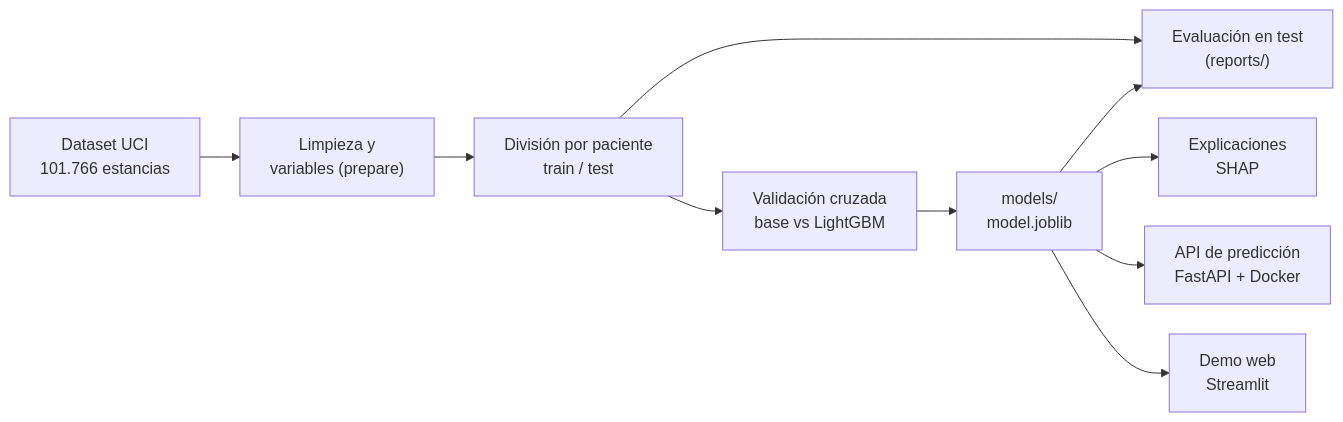
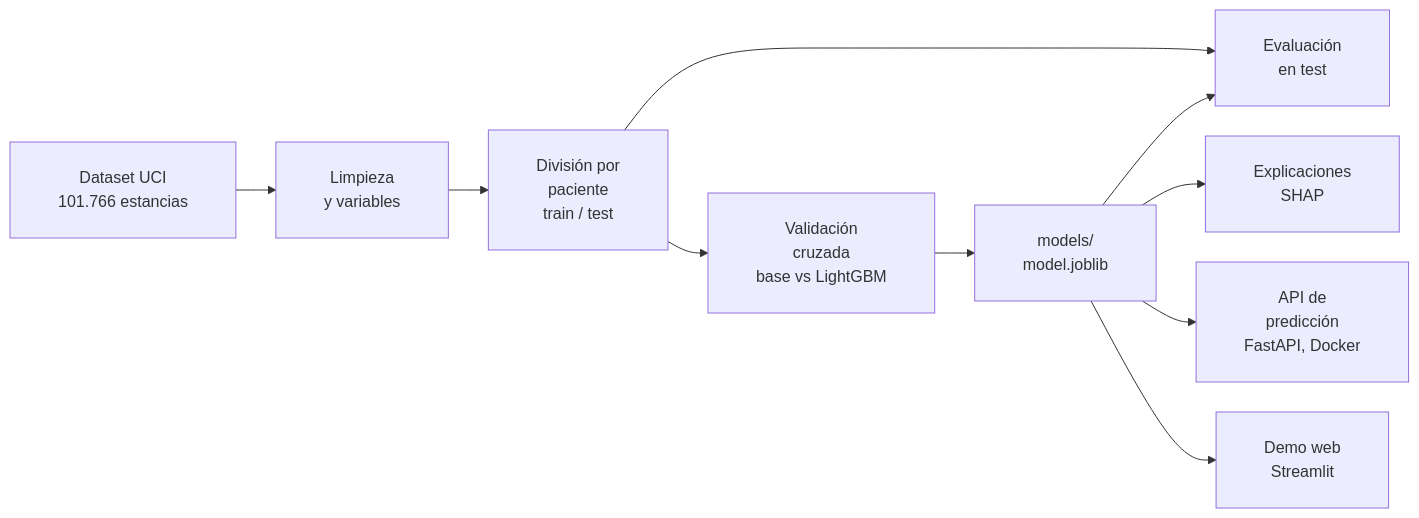
One commit to agilmouzo/readmission-risk changed the diagram in README.es.md. Above: the diagram before and after it, drawn with Mermaid. The commit also changed 1 other file, not shown here.

Commit message:
Shorten Mermaid labels so they fit their boxes

````diff
--- a/README.es.md
+++ b/README.es.md
@@ -68,13 +68,13 @@
 ```mermaid
-%%{init: {"flowchart": {"htmlLabels": false, "nodeSpacing": 30, "rankSpacing": 40}}}%%
+%%{init: {"flowchart": {"htmlLabels": false, "padding": 24, "nodeSpacing": 30, "rankSpacing": 40}}}%%
 flowchart LR
-    A["Dataset UCI<br/>101.766 estancias"] --> B["Limpieza y<br/>variables (prepare)"]
-    B --> C["División por paciente<br/>train / test"]
-    C --> D["Validación cruzada<br/>base vs LightGBM"]
+    A["Dataset UCI<br/>101.766 estancias"] --> B["Limpieza<br/>y variables"]
+    B --> C["División por<br/>paciente<br/>train / test"]
+    C --> D["Validación<br/>cruzada<br/>base vs LightGBM"]
     D --> E["models/<br/>model.joblib"]
-    C --> F["Evaluación en test<br/>(reports/)"]
+    C --> F["Evaluación<br/>en test"]
     E --> F
     E --> G["Explicaciones<br/>SHAP"]
-    E --> H["API de predicción<br/>FastAPI + Docker"]
+    E --> H["API de<br/>predicción<br/>FastAPI, Docker"]
     E --> I["Demo web<br/>Streamlit"]
 ```
````
